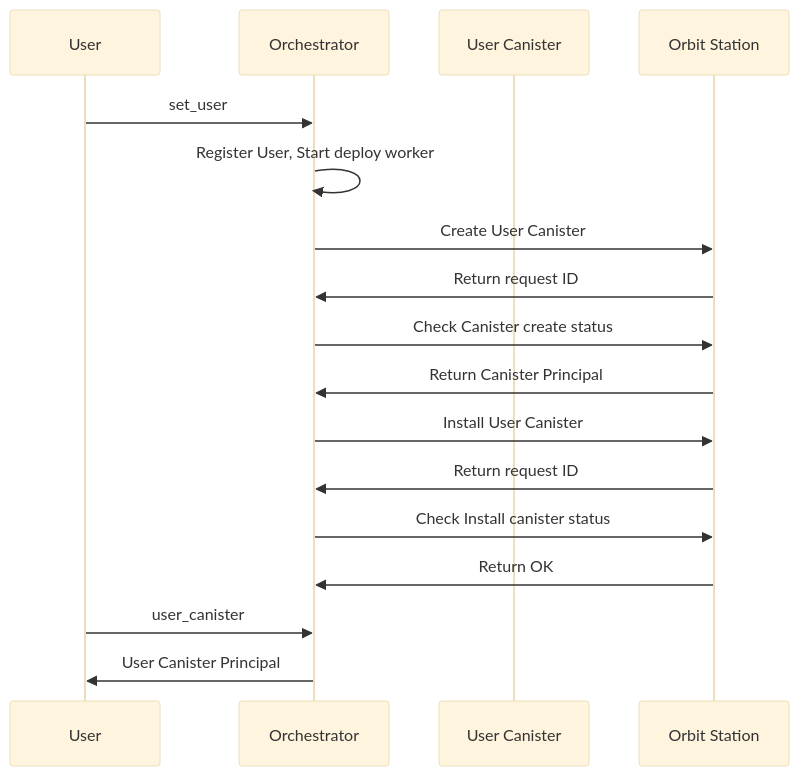
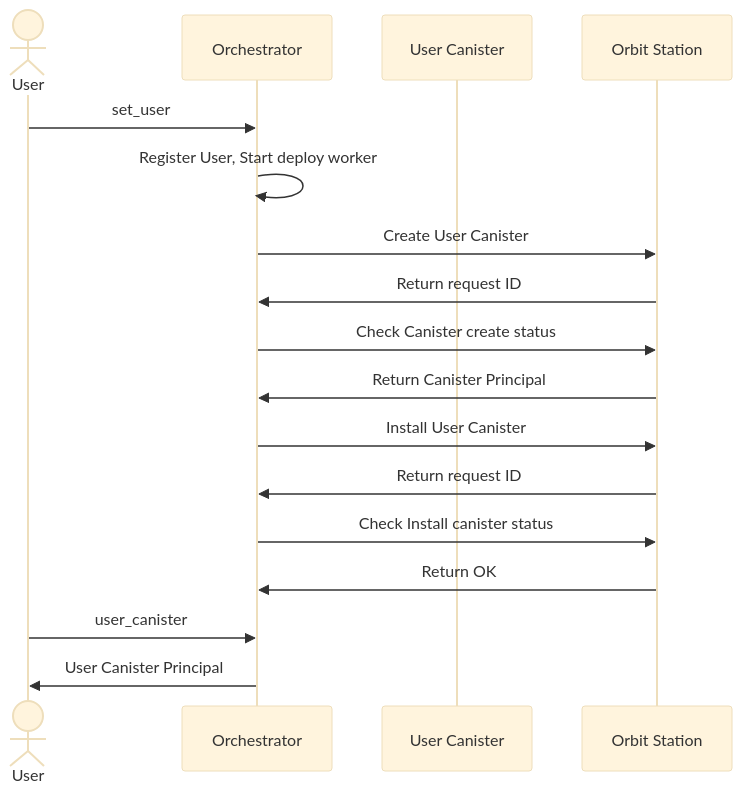
One commit to icp-hub-it/ic-docutrack changed the first of 6 diagrams in docs/flows.md. Above: the diagram before and after it, drawn with Mermaid (base theme). The commit also changed other lines of this file, not shown here.

````diff
--- a/docs/flows.md
+++ b/docs/flows.md
@@ -5,20 +5,20 @@
 ```mermaid
 sequenceDiagram
-    participant U as User
+    actor U as User
     participant O as Orchestrator
     participant UC as User Canister
     participant OS as Orbit Station
     U->>O: set_user
     O->>O: Register User, Start deploy worker
     O->>OS: Create User Canister
     OS->>O: Return request ID
     O->>OS: Check Canister create status
     OS->>O: Return Canister Principal
     O->>OS: Install User Canister
     OS->>O: Return request ID
     O->>OS: Check Install canister status
     OS->>O: Return OK
     U->>O: user_canister
     O->>U: User Canister Principal
 
 ```
````
